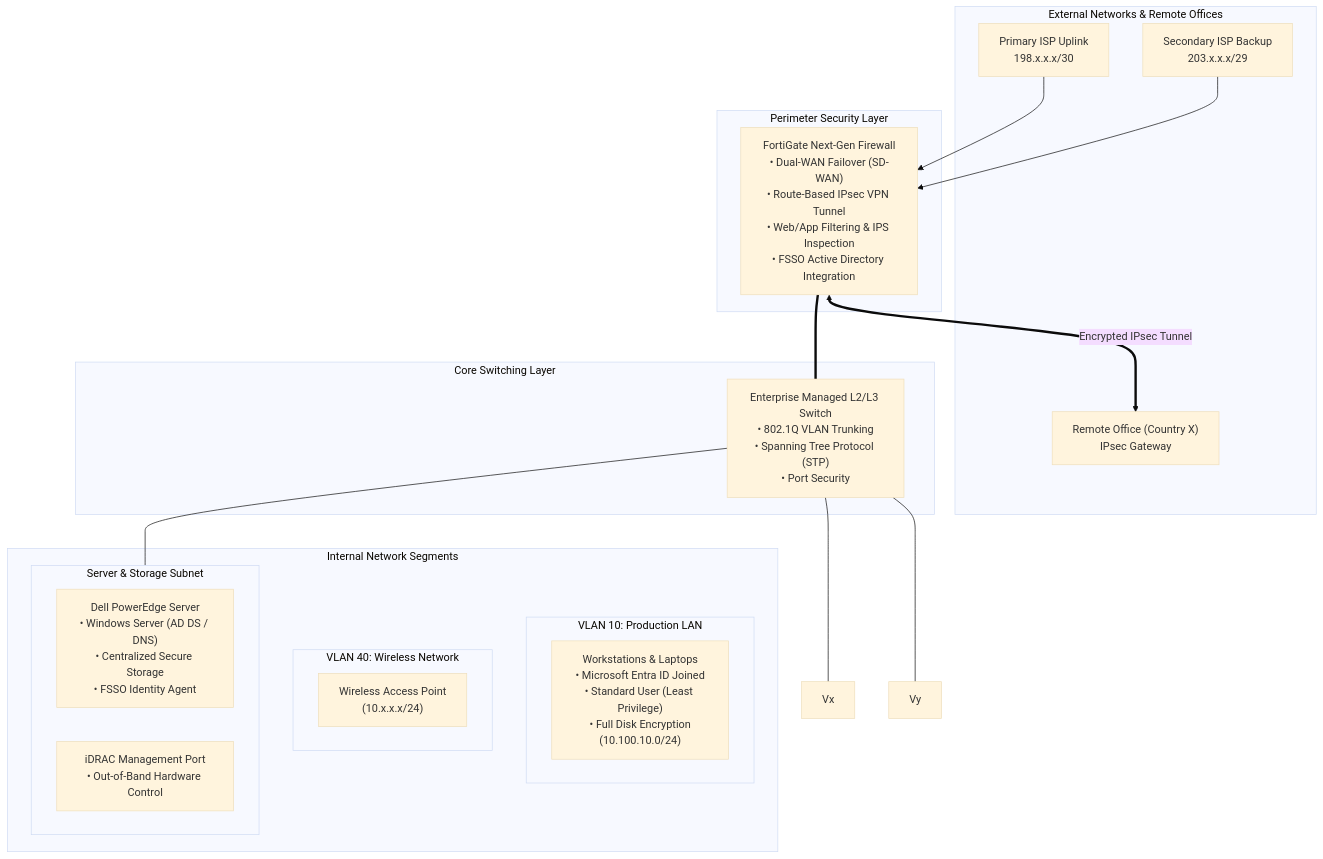
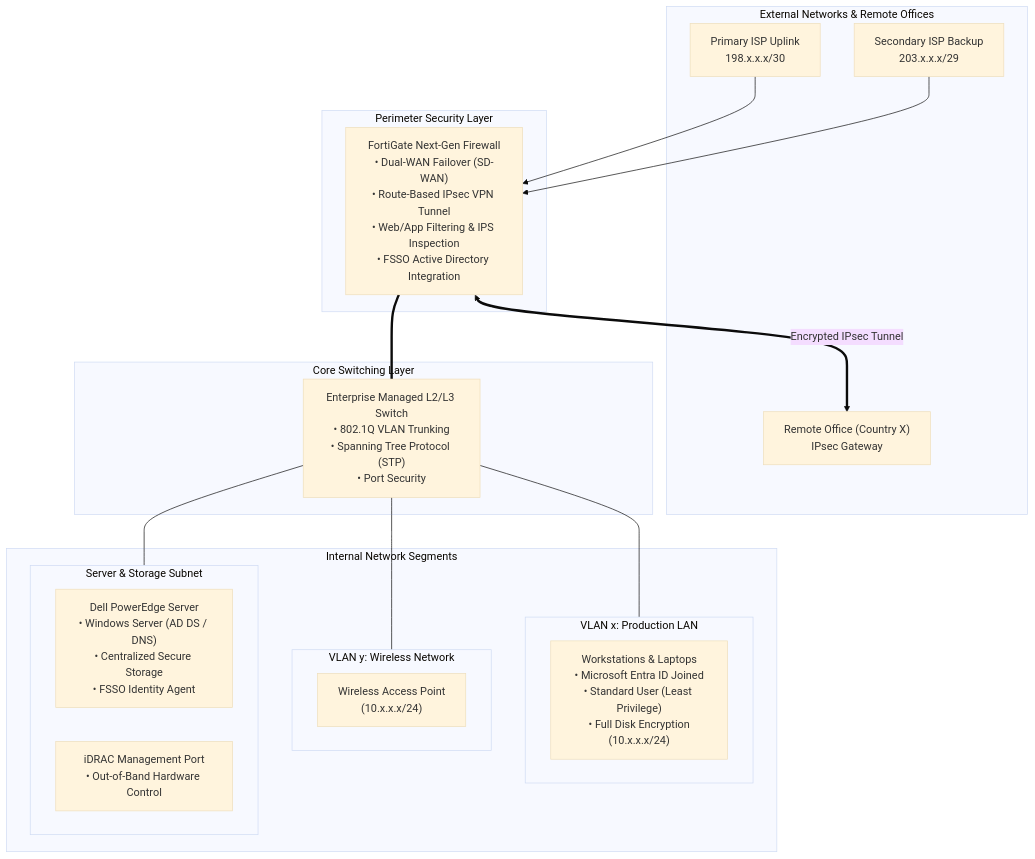
One commit to Chithu-18/Enterprise-Network-Setup changed the diagram in README.md. Above: the diagram before and after it, drawn with Mermaid (base theme). The commit also changed other lines of this file, not shown here.

````diff
--- a/README.md
+++ b/README.md
@@ -10,39 +10,39 @@
 ```mermaid
 flowchart TD
     subgraph WAN["External Networks & Remote Offices"]
         ISP1["Primary ISP Uplink<br/>198.x.x.x/30"]
         ISP2["Secondary ISP Backup<br/>203.x.x.x/29"]
         Remote["Remote Office (Country X)<br/>IPsec Gateway"]
     end
 
     subgraph Edge["Perimeter Security Layer"]
         FW["FortiGate Next-Gen Firewall<br/>• Dual-WAN Failover (SD-WAN)<br/>• Route-Based IPsec VPN Tunnel<br/>• Web/App Filtering & IPS Inspection<br/>• FSSO Active Directory Integration"]
     end
 
     subgraph Core["Core Switching Layer"]
         SW["Enterprise Managed L2/L3 Switch<br/>• 802.1Q VLAN Trunking<br/>• Spanning Tree Protocol (STP)<br/>• Port Security"]
     end
 
     subgraph Internal["Internal Network Segments"]
-        subgraph V10["VLAN 10: Production LAN"]
-            Clients["Workstations & Laptops<br/>• Microsoft Entra ID Joined<br/>• Standard User (Least Privilege)<br/>• Full Disk Encryption<br/>(10.100.10.0/24)"]
+        subgraph Vx["VLAN x: Production LAN"]
+            Clients["Workstations & Laptops<br/>• Microsoft Entra ID Joined<br/>• Standard User (Least Privilege)<br/>• Full Disk Encryption<br/>(10.x.x.x/24)"]
         end
 
-        subgraph V40["VLAN 40: Wireless Network"]
+        subgraph Vy["VLAN y: Wireless Network"]
             AP["Wireless Access Point<br/>(10.x.x.x/24)"]
         end
 
         subgraph ServerInfra["Server & Storage Subnet"]
             Server["Dell PowerEdge Server<br/>• Windows Server (AD DS / DNS)<br/>• Centralized Secure Storage<br/>• FSSO Identity Agent"]
             iDRAC["iDRAC Management Port<br/>• Out-of-Band Hardware Control"]
         end
     end
 
     ISP1 --> FW
     ISP2 --> FW
     FW <== "Encrypted IPsec Tunnel" ==> Remote
     FW === SW
     SW --- Vx
     SW --- Vy
     SW --- ServerInfra
 ```
````
